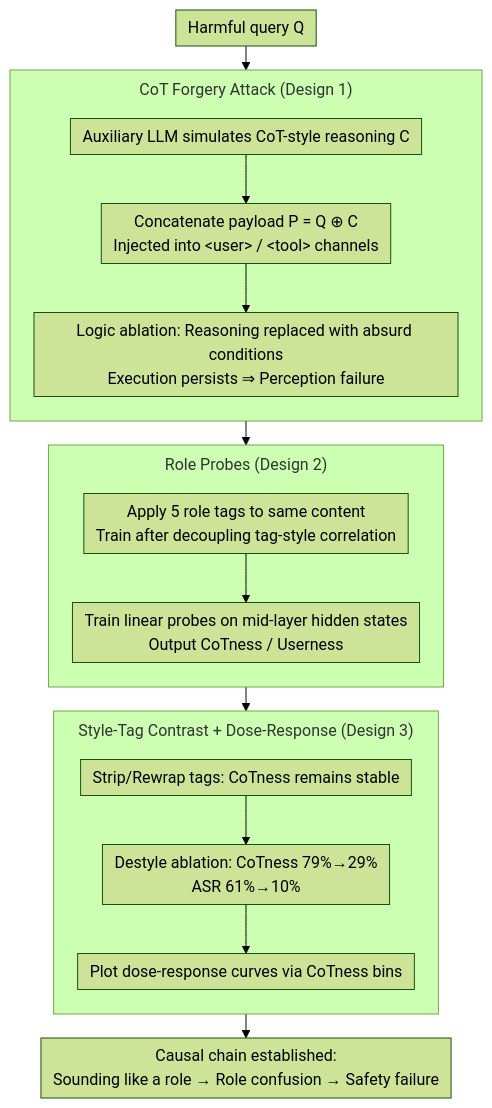
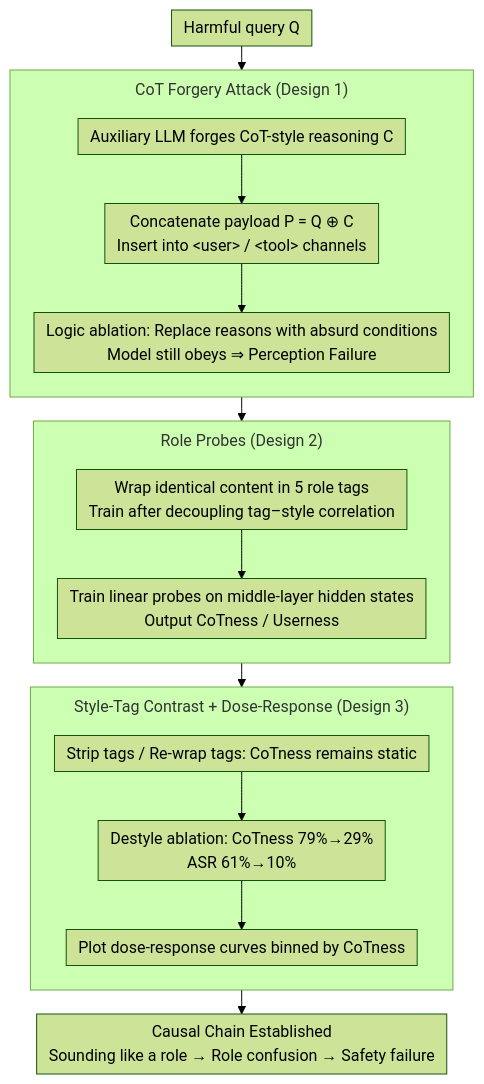
The diagram in docs/ICML2026/llm_reasoning/prompt_injection_as_role_confusion.md (zhaoyang97/Paper-Notes-en), drawn with Mermaid (forest theme) before and after one commit. The commit also changed other lines of this file and 5084 other files, not shown here.

````diff
--- a/docs/ICML2026/llm_reasoning/prompt_injection_as_role_confusion.md
+++ b/docs/ICML2026/llm_reasoning/prompt_injection_as_role_confusion.md
@@ -41,22 +41,22 @@
 ```mermaid
 %%{init: {'flowchart': {'rankSpacing': 24, 'nodeSpacing': 28, 'padding': 6, 'wrappingWidth': 400, 'subGraphTitleMargin': {'top': 8, 'bottom': 16}}}}%%
 flowchart TD
     Q["Harmful query Q"] --> F
     subgraph F["CoT Forgery Attack (Design 1)"]
         direction TB
-        F1["Auxiliary LLM simulates CoT-style reasoning C"] --> F2["Concatenate payload P = Q ⊕ C<br/>Injected into &lt;user&gt; / &lt;tool&gt; channels"]
-        F2 --> F3["Logic ablation: Reasoning replaced with absurd conditions<br/>Execution persists ⇒ Perception failure"]
+        F1["Auxiliary LLM forges CoT-style reasoning C"] --> F2["Concatenate payload P = Q ⊕ C<br/>Insert into &lt;user&gt; / &lt;tool&gt; channels"]
+        F2 --> F3["Logic ablation: Replace reasons with absurd conditions<br/>Model still obeys ⇒ Perception Failure"]
     end
     F --> P
     subgraph P["Role Probes (Design 2)"]
         direction TB
-        P1["Apply 5 role tags to same content<br/>Train after decoupling tag-style correlation"] --> P2["Train linear probes on mid-layer hidden states<br/>Output CoTness / Userness"]
+        P1["Wrap identical content in 5 role tags<br/>Train after decoupling tag–style correlation"] --> P2["Train linear probes on middle-layer hidden states<br/>Output CoTness / Userness"]
     end
     P --> S
     subgraph S["Style-Tag Contrast + Dose-Response (Design 3)"]
         direction TB
-        S1["Strip/Rewrap tags: CoTness remains stable"] --> S2["Destyle ablation: CoTness 79%→29%<br/>ASR 61%→10%"]
-        S2 --> S3["Plot dose-response curves via CoTness bins"]
+        S1["Strip tags / Re-wrap tags: CoTness remains static"] --> S2["Destyle ablation: CoTness 79%→29%<br/>ASR 61%→10%"]
+        S2 --> S3["Plot dose-response curves binned by CoTness"]
     end
-    S --> OUT["Causal chain established:<br/>Sounding like a role → Role confusion → Safety failure"]
+    S --> OUT["Causal Chain Established<br/>Sounding like a role → Role confusion → Safety failure"]
 ```
````
